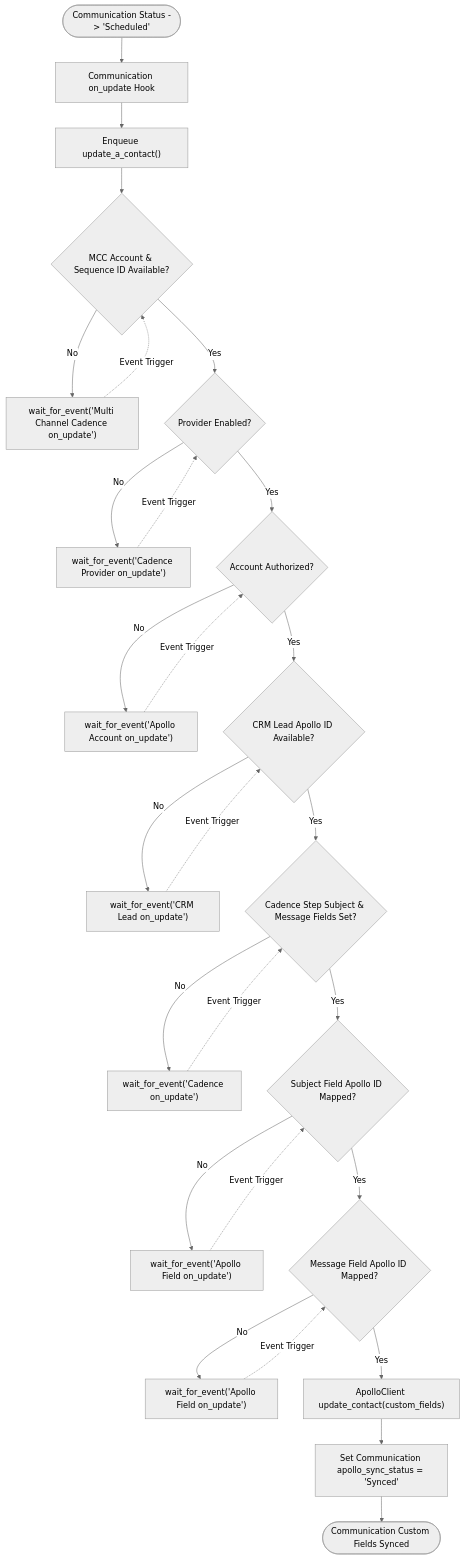
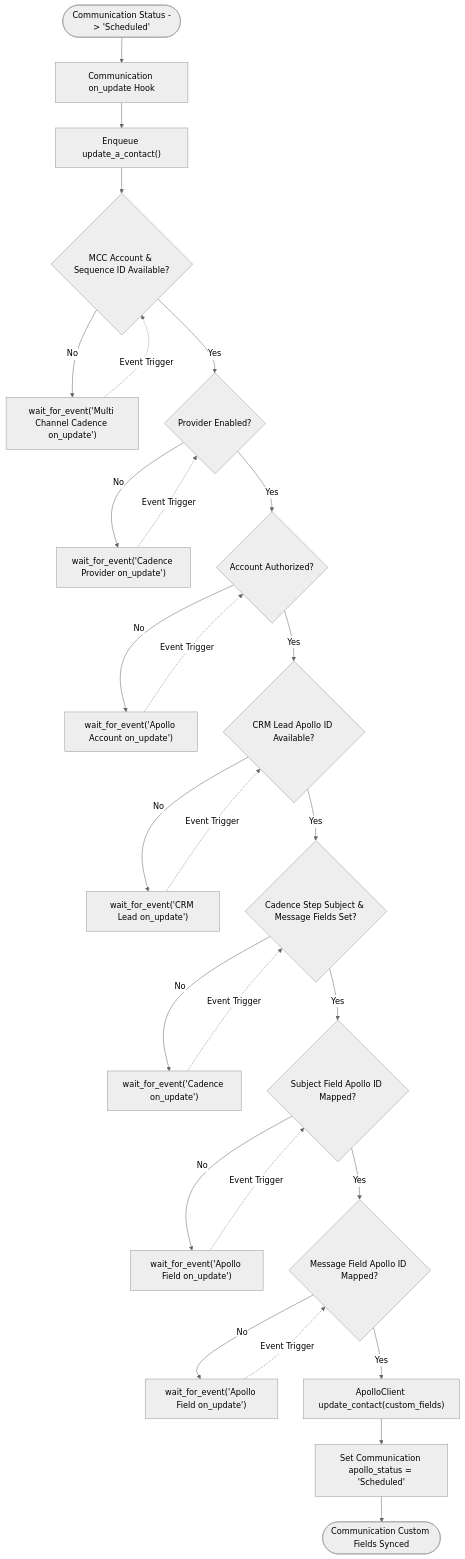
The diagram in docs/architecture/bpmn/05-communication-sync.md (aurumorcom/frappe-apollo), drawn with Mermaid (neutral theme) before and after one commit. The commit also changed 1 other file, not shown here.

Commit message:
docs: update communication sync status field name
Update the documentation to reflect the correct field name and status
value used in the communication synchronization process. Change from
"apollo_sync_status = 'Synced'" to "apollo_status = 'Scheduled'" in
both the arc42 runtime view and BPMN communication sync diagrams.

````diff
--- a/docs/architecture/bpmn/05-communication-sync.md
+++ b/docs/architecture/bpmn/05-communication-sync.md
@@ -10,29 +10,29 @@
 ```mermaid
 flowchart TD
     CommScheduled(["Communication Status -> 'Scheduled'"]) --> OnUpdateComm["Communication on_update Hook"]
     OnUpdateComm --> EnqueueCommSync["Enqueue update_a_contact()"]
     EnqueueCommSync --> CheckCommMCC{"MCC Account & Sequence ID Available?"}
     CheckCommMCC -- No --> WaitCommMCC["wait_for_event('Multi Channel Cadence on_update')"]
     WaitCommMCC -. Event Trigger .-> CheckCommMCC
     CheckCommMCC -- Yes --> CheckCommProviderEnabled{"Provider Enabled?"}
     CheckCommProviderEnabled -- No --> WaitCommProvider["wait_for_event('Cadence Provider on_update')"]
     WaitCommProvider -. Event Trigger .-> CheckCommProviderEnabled
     CheckCommProviderEnabled -- Yes --> CheckCommAccountAuth{"Account Authorized?"}
     CheckCommAccountAuth -- No --> WaitCommAuth["wait_for_event('Apollo Account on_update')"]
     WaitCommAuth -. Event Trigger .-> CheckCommAccountAuth
     CheckCommAccountAuth -- Yes --> CheckCommLeadID{"CRM Lead Apollo ID Available?"}
     CheckCommLeadID -- No --> WaitCommLead["wait_for_event('CRM Lead on_update')"]
     WaitCommLead -. Event Trigger .-> CheckCommLeadID
     CheckCommLeadID -- Yes --> CheckStepFields{"Cadence Step Subject & Message Fields Set?"}
     CheckStepFields -- No --> WaitStepFields["wait_for_event('Cadence on_update')"]
     WaitStepFields -. Event Trigger .-> CheckStepFields
     CheckStepFields -- Yes --> CheckSubjectFieldID{"Subject Field Apollo ID Mapped?"}
     CheckSubjectFieldID -- No --> WaitSubjectField["wait_for_event('Apollo Field on_update')"]
     WaitSubjectField -. Event Trigger .-> CheckSubjectFieldID
     CheckSubjectFieldID -- Yes --> CheckMessageFieldID{"Message Field Apollo ID Mapped?"}
     CheckMessageFieldID -- No --> WaitMessageField["wait_for_event('Apollo Field on_update')"]
     WaitMessageField -. Event Trigger .-> CheckMessageFieldID
     CheckMessageFieldID -- Yes --> PatchContactAPI["ApolloClient update_contact(custom_fields)"]
-    PatchContactAPI --> MarkSynced["Set Communication apollo_sync_status = 'Synced'"]
+    PatchContactAPI --> MarkSynced["Set Communication apollo_status = 'Scheduled'"]
     MarkSynced --> EndCommSync(["Communication Custom Fields Synced"])
 ```
````
